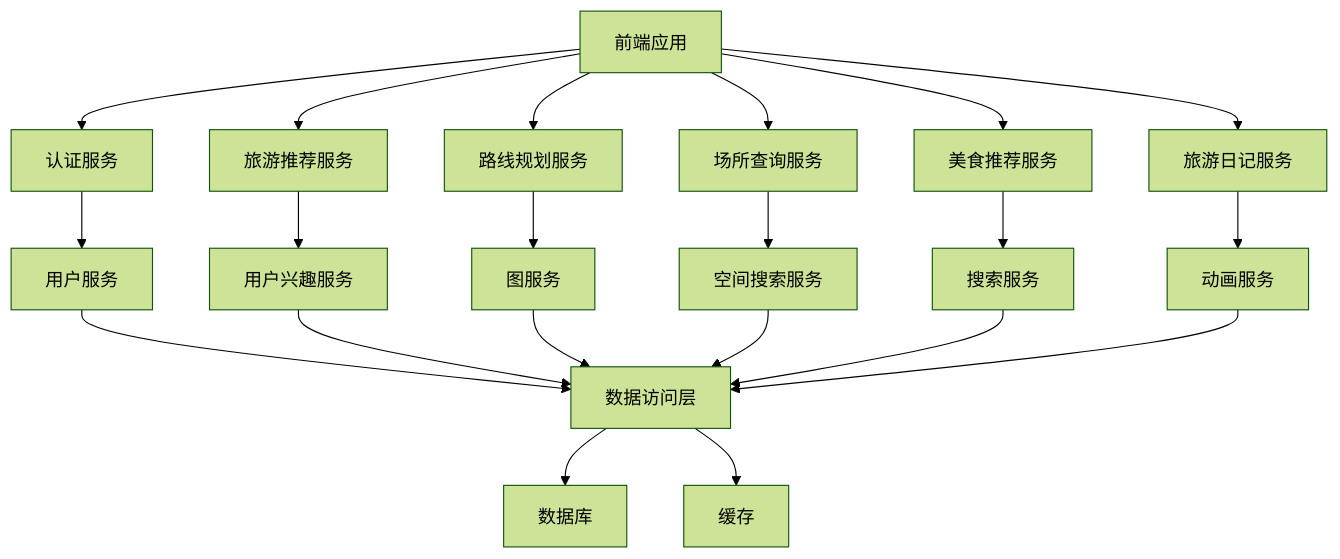
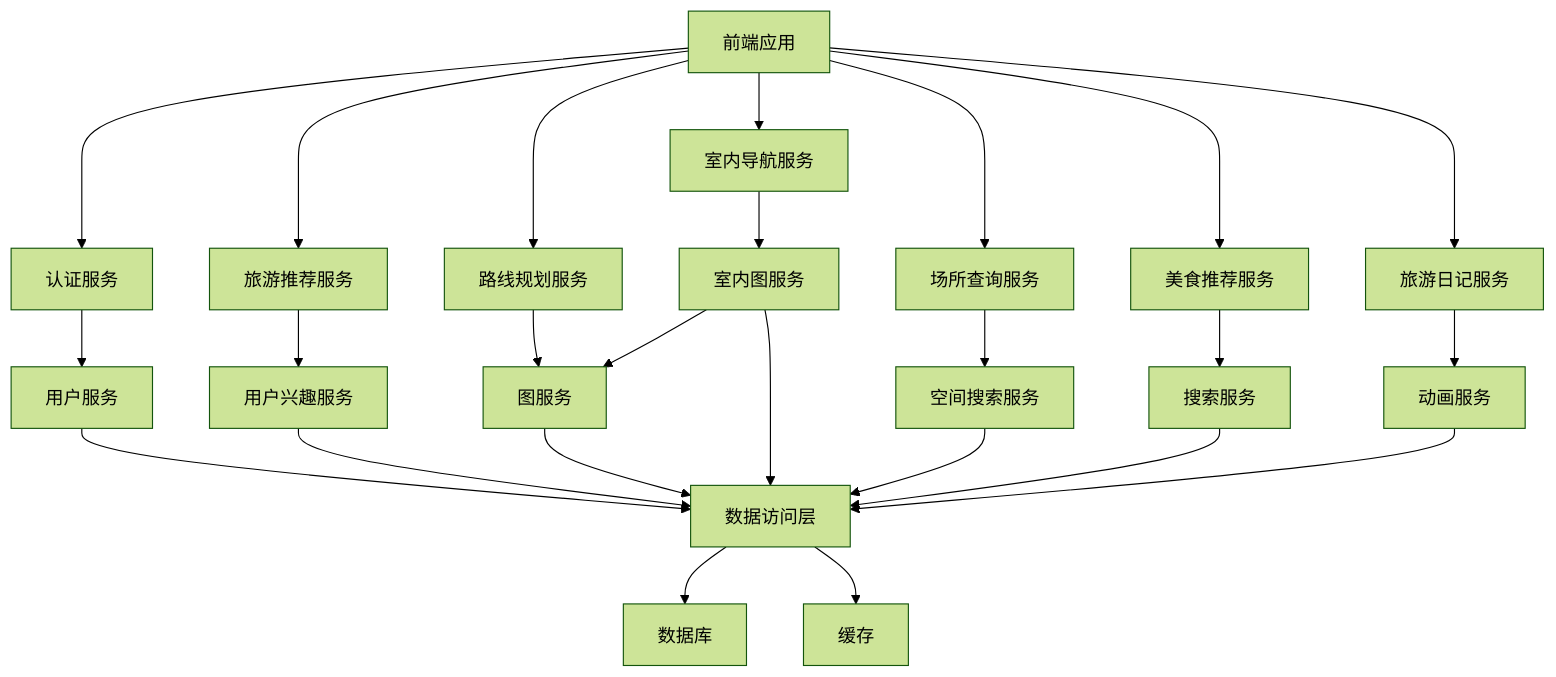
Before and after one commit to Max1122Chen/PTRS: the first of 4 diagrams in docs/Tech/Technical Design Document.md, drawn with Mermaid (forest theme). The commit also changed other lines of this file and 163 other files, not shown here.

First line of the commit message:
feat(indoor): 室内导航与地图包室内图采集/加载链路

````diff
--- a/docs/Tech/Technical Design Document.md
+++ b/docs/Tech/Technical Design Document.md
@@ -23,26 +23,30 @@
 ```mermaid
 flowchart TD
     Frontend[前端应用] --> Auth[认证服务]
     Frontend --> Recommendation[旅游推荐服务]
     Frontend --> Route[路线规划服务]
+    Frontend --> Indoor[室内导航服务]
     Frontend --> Facility[场所查询服务]
     Frontend --> Food[美食推荐服务]
     Frontend --> Diary[旅游日记服务]
     
     Auth --> UserService[用户服务]
     Recommendation --> UserInterestService[用户兴趣服务]
     Route --> GraphService[图服务]
+    Indoor --> IndoorGraphService[室内图服务]
+    IndoorGraphService --> GraphService
     Facility --> SpatialSearchService[空间搜索服务]
     Food --> SearchService[搜索服务]
     Diary --> AnimationService[动画服务]
     
     UserService --> DataAccess[数据访问层]
     UserInterestService --> DataAccess
     GraphService --> DataAccess
+    IndoorGraphService --> DataAccess
     SpatialSearchService --> DataAccess
     SearchService --> DataAccess
     AnimationService --> DataAccess
     
     DataAccess --> Database[数据库]
     DataAccess --> Cache[缓存]
 ```
````
